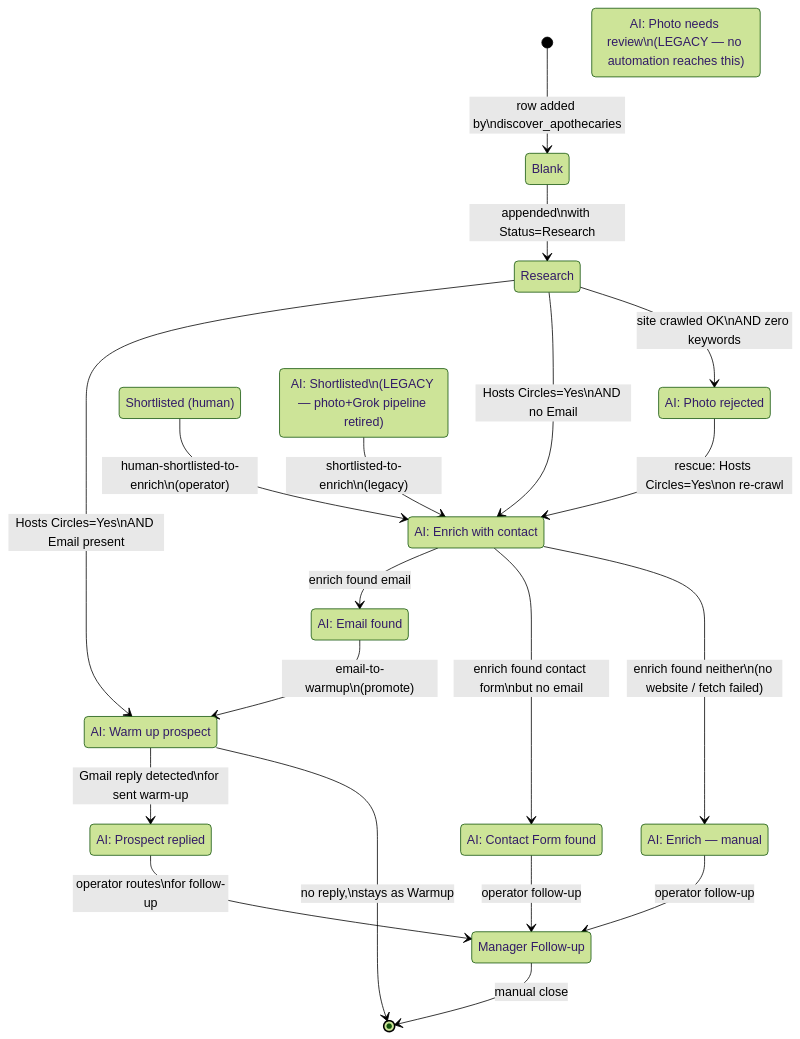
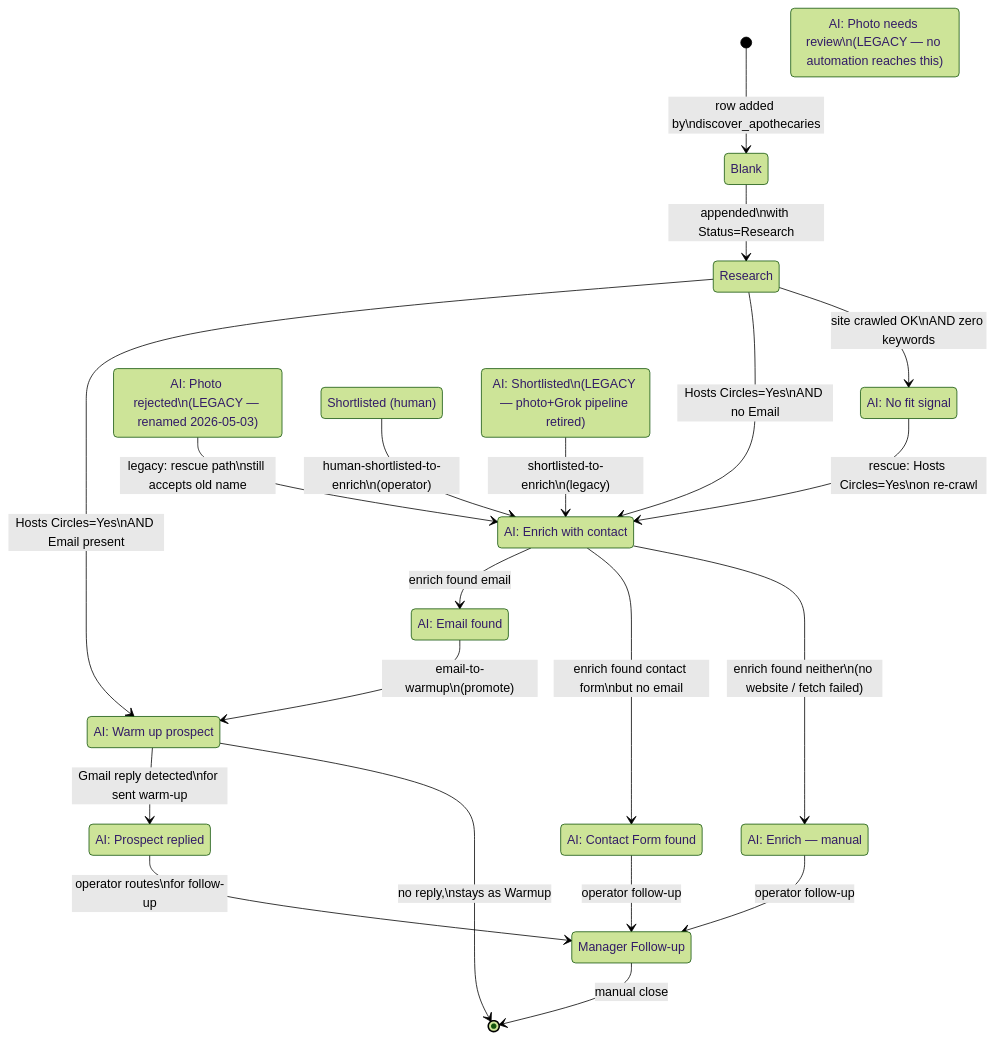
The diagram in HIT_LIST_STATE_MACHINE.md (TrueSightDAO/agentic_ai_context), drawn with Mermaid (forest theme) before and after one commit. The commit also changed other lines of this file and 1 other file, not shown here.

First line of the commit message:
docs: rename 'AI: Photo rejected' → 'AI: No fit signal' (#90)

````diff
--- a/HIT_LIST_STATE_MACHINE.md
+++ b/HIT_LIST_STATE_MACHINE.md
@@ -31,44 +33,46 @@
 ```mermaid
 stateDiagram-v2
     [*] --> Blank: row added by\ndiscover_apothecaries
     Blank --> Research: appended\nwith Status=Research
 
     Research --> Warmup: Hosts Circles=Yes\nAND Email present
     Research --> Enrich: Hosts Circles=Yes\nAND no Email
-    Research --> PhotoRejected: site crawled OK\nAND zero keywords
+    Research --> NoFitSignal: site crawled OK\nAND zero keywords
 
-    PhotoRejected --> Enrich: rescue: Hosts Circles=Yes\non re-crawl
+    NoFitSignal --> Enrich: rescue: Hosts Circles=Yes\non re-crawl
+    PhotoRejected --> Enrich: legacy: rescue path\nstill accepts old name
 
     Shortlisted --> Enrich: human-shortlisted-to-enrich\n(operator)
     AIShortlisted --> Enrich: shortlisted-to-enrich\n(legacy)
 
     Enrich --> EmailFound: enrich found email
     Enrich --> ContactForm: enrich found contact form\nbut no email
     Enrich --> EnrichManual: enrich found neither\n(no website / fetch failed)
 
     EmailFound --> Warmup: email-to-warmup\n(promote)
 
     Warmup --> Replied: Gmail reply detected\nfor sent warm-up
 
     Replied --> ManagerFollowup: operator routes\nfor follow-up
 
     ContactForm --> ManagerFollowup: operator follow-up
     EnrichManual --> ManagerFollowup: operator follow-up
 
     ManagerFollowup --> [*]: manual close
     Warmup --> [*]: no reply,\nstays as Warmup
 
+    PhotoRejected: AI: Photo rejected\n(LEGACY — renamed 2026-05-03)
     PhotoNeedsReview: AI: Photo needs review\n(LEGACY — no automation reaches this)
     AIShortlisted: AI: Shortlisted\n(LEGACY — photo+Grok pipeline retired)
 
     Research: Research
     Enrich: AI: Enrich with contact
     EmailFound: AI: Email found
     ContactForm: AI: Contact Form found
     EnrichManual: AI: Enrich — manual
     Warmup: AI: Warm up prospect
     Replied: AI: Prospect replied
     ManagerFollowup: Manager Follow-up
-    PhotoRejected: AI: Photo rejected
+    NoFitSignal: AI: No fit signal
     Shortlisted: Shortlisted (human)
 ```
````
